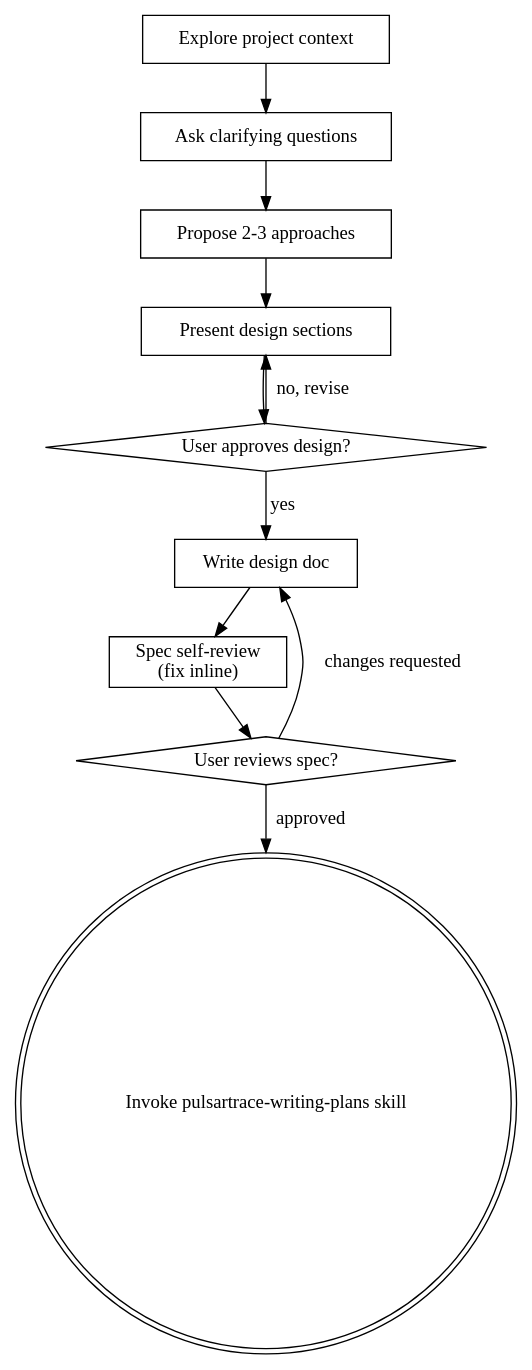
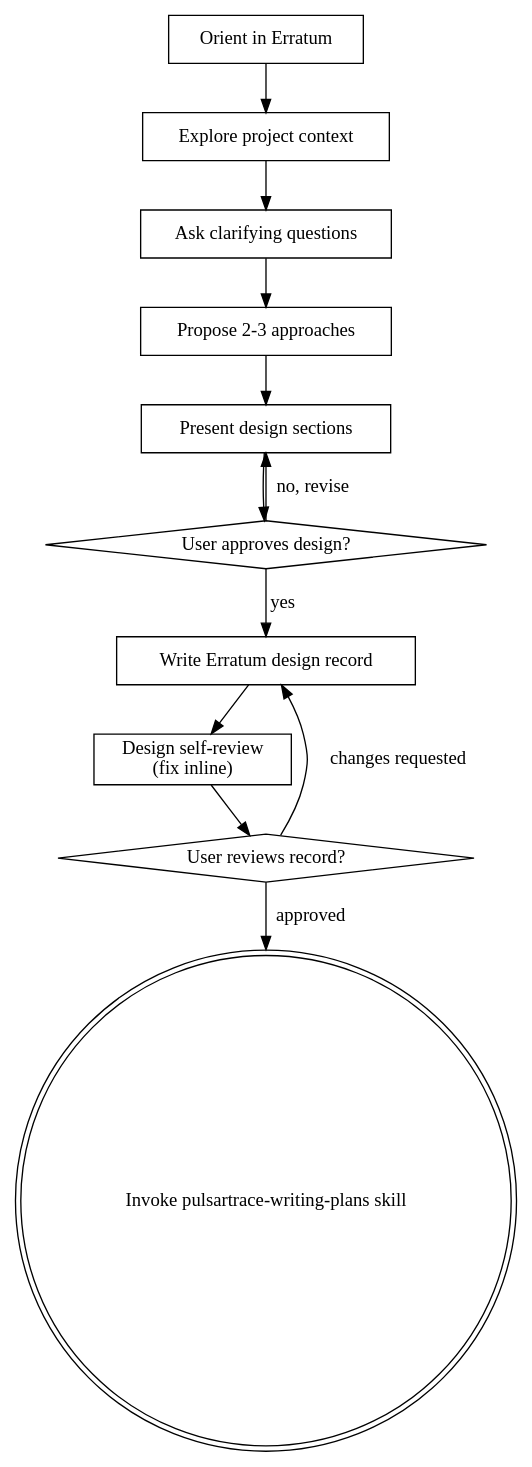
Before and after one commit to Gravital-Forge/pulsar-trace: the diagram in .claude/skills/pulsartrace-brainstorming/SKILL.md, drawn with Graphviz. The commit also changed other lines of this file and 9 other files, not shown here.

````diff
--- a/.claude/skills/pulsartrace-brainstorming/SKILL.md
+++ b/.claude/skills/pulsartrace-brainstorming/SKILL.md
@@ -31,24 +45,26 @@
 ```dot
 digraph brainstorming {
+    "Orient in Erratum" [shape=box];
     "Explore project context" [shape=box];
     "Ask clarifying questions" [shape=box];
     "Propose 2-3 approaches" [shape=box];
     "Present design sections" [shape=box];
     "User approves design?" [shape=diamond];
-    "Write design doc" [shape=box];
-    "Spec self-review\n(fix inline)" [shape=box];
-    "User reviews spec?" [shape=diamond];
+    "Write Erratum design record" [shape=box];
+    "Design self-review\n(fix inline)" [shape=box];
+    "User reviews record?" [shape=diamond];
     "Invoke pulsartrace-writing-plans skill" [shape=doublecircle];
 
+    "Orient in Erratum" -> "Explore project context";
     "Explore project context" -> "Ask clarifying questions";
     "Ask clarifying questions" -> "Propose 2-3 approaches";
     "Propose 2-3 approaches" -> "Present design sections";
     "Present design sections" -> "User approves design?";
     "User approves design?" -> "Present design sections" [label="no, revise"];
-    "User approves design?" -> "Write design doc" [label="yes"];
-    "Write design doc" -> "Spec self-review\n(fix inline)";
-    "Spec self-review\n(fix inline)" -> "User reviews spec?";
-    "User reviews spec?" -> "Write design doc" [label="changes requested"];
-    "User reviews spec?" -> "Invoke pulsartrace-writing-plans skill" [label="approved"];
+    "User approves design?" -> "Write Erratum design record" [label="yes"];
+    "Write Erratum design record" -> "Design self-review\n(fix inline)";
+    "Design self-review\n(fix inline)" -> "User reviews record?";
+    "User reviews record?" -> "Write Erratum design record" [label="changes requested"];
+    "User reviews record?" -> "Invoke pulsartrace-writing-plans skill" [label="approved"];
 }
 ```
````
